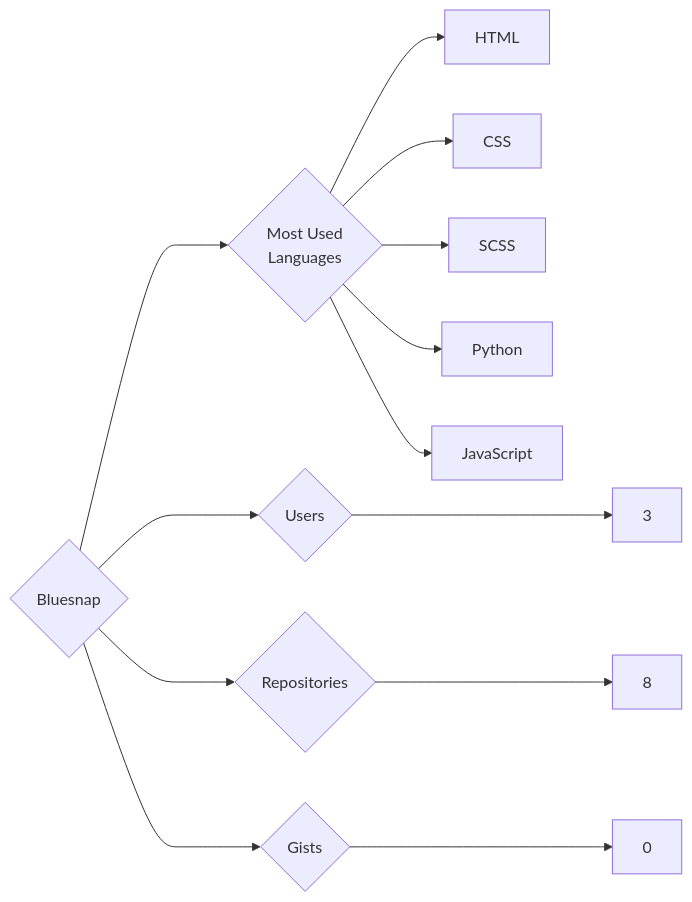
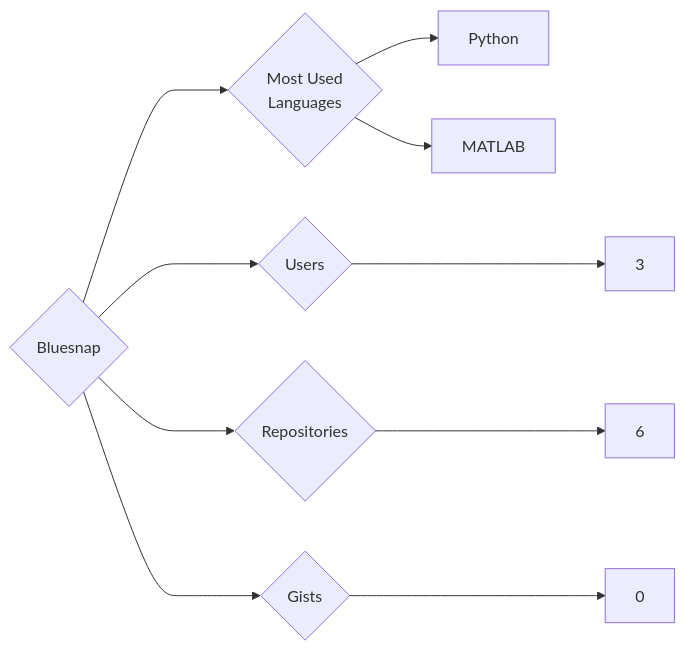
The diagram in targets/Bluesnap/README.md (trickest/insiders), drawn with Mermaid before and after one commit. The commit also changed 953 other files, not shown here.

````diff
--- a/targets/Bluesnap/README.md
+++ b/targets/Bluesnap/README.md
@@ -3,13 +3,10 @@
 ```mermaid
 graph LR
 COMPANY_NAME{Bluesnap}
 COMPANY_NAME ---> U{Users} ---> UN[3]
-COMPANY_NAME ---> R{Repositories} ---> RN[8]
+COMPANY_NAME ---> R{Repositories} ---> RN[6]
 COMPANY_NAME ---> G{Gists} ---> GN[0]
 COMPANY_NAME ---> ML{Most Used<br>Languages}
-ML --> HTML[HTML]
-ML --> CSS[CSS]
-ML --> SCSS[SCSS]
 ML --> Python[Python]
-ML --> JavaScript[JavaScript]
+ML --> MATLAB[MATLAB]
 ```
````
